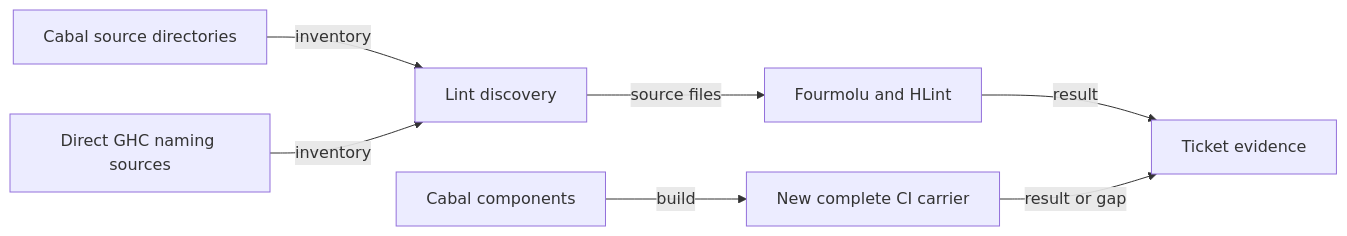
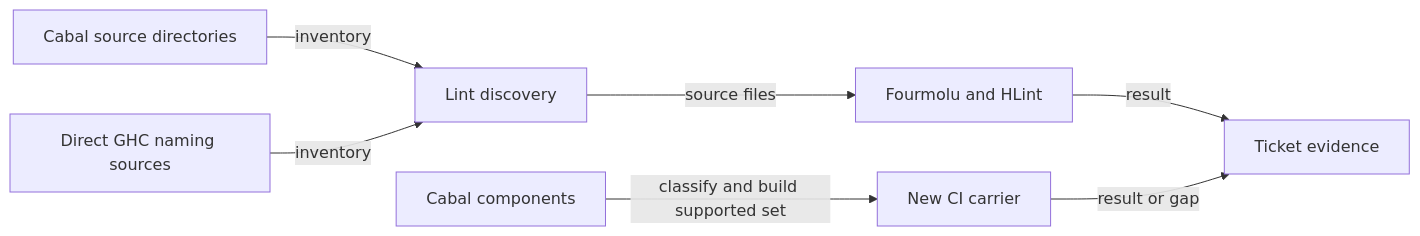
The diagram in specs/264-haskell-lint-coverage/plan.md (lambdasistemi/singular), drawn with Mermaid before and after one commit. The commit also changed other lines of this file and 5 other files, not shown here.

````diff
--- a/specs/264-haskell-lint-coverage/plan.md
+++ b/specs/264-haskell-lint-coverage/plan.md
@@ -6,9 +6,9 @@
 ```mermaid
 flowchart LR
     A[Cabal source directories] -->|inventory| B[Lint discovery]
     C[Direct GHC naming sources] -->|inventory| B
     B -->|source files| D[Fourmolu and HLint]
-    E[Cabal components] -->|build| F[New complete CI carrier]
+    E[Cabal components] -->|classify and build supported set| F[New CI carrier]
     D -->|result| G[Ticket evidence]
     F -->|result or gap| G
 ```
````
